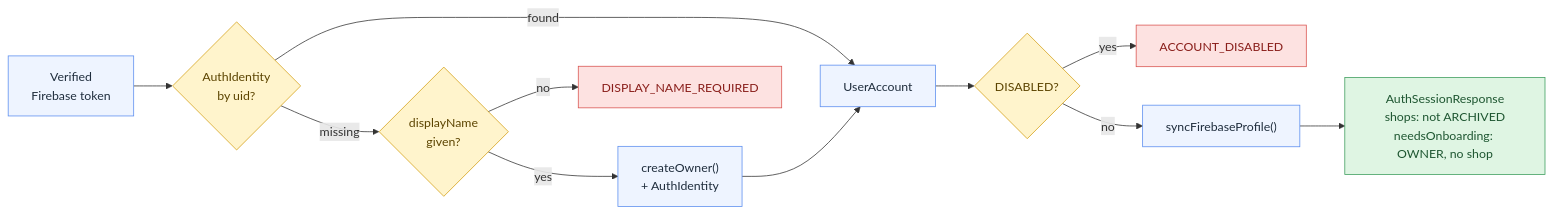
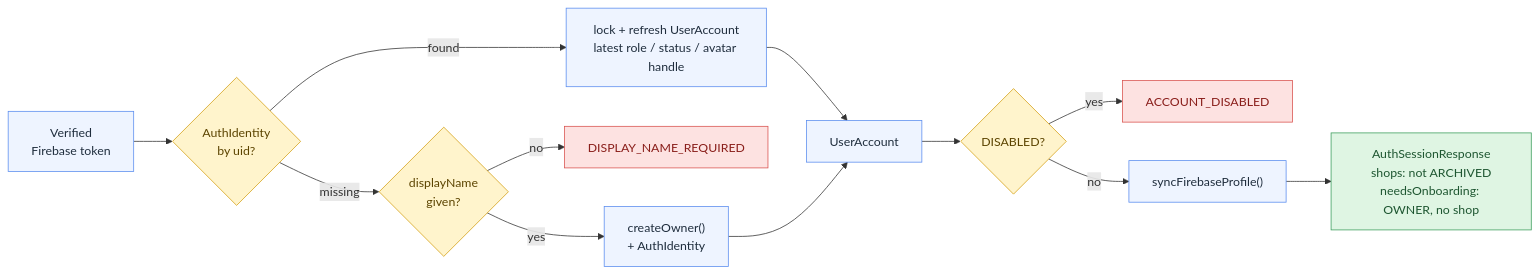
The fourth of 14 diagrams in docs/architecture/service-walkthrough/README.md (miphu2804/smart-ledger), drawn with Mermaid before and after one commit. The commit also changed other lines of this file and 6 other files, not shown here.

````diff
--- a/docs/architecture/service-walkthrough/README.md
+++ b/docs/architecture/service-walkthrough/README.md
@@ -179,20 +183,20 @@
 ```mermaid
 flowchart LR
     T["Verified<br/>Firebase token"] --> L{"AuthIdentity<br/>by uid?"}
-    L -->|found| U["UserAccount"]
+    L -->|found| LK["lock + refresh UserAccount<br/>latest role / status / avatar handle"] --> U["UserAccount"]
     L -->|missing| D{"displayName<br/>given?"}
     D -->|no| X["DISPLAY_NAME_REQUIRED"]
     D -->|yes| C["createOwner()<br/>+ AuthIdentity"] --> U
     U --> ACT{"DISABLED?"}
     ACT -->|yes| X2["ACCOUNT_DISABLED"]
     ACT -->|no| S["syncFirebaseProfile()"] --> R["AuthSessionResponse<br/>shops: not ARCHIVED<br/>needsOnboarding: OWNER, no shop"]
     classDef default fill:#eef4ff,stroke:#5b8def,color:#1f2d3d
     classDef decision fill:#fff4cc,stroke:#d4a017,color:#5c4400
     classDef error fill:#fde2e1,stroke:#d9534f,color:#8a1f1b
     classDef terminal fill:#dff5e3,stroke:#3c9d5d,color:#1e5631
     classDef store fill:#efe6ff,stroke:#8a63d2,color:#3d2a6b
     classDef shared fill:#ffe9d6,stroke:#e07b24,color:#6b3500
     class L,D,ACT decision
     class X,X2 error
     class R terminal
 ```
````
